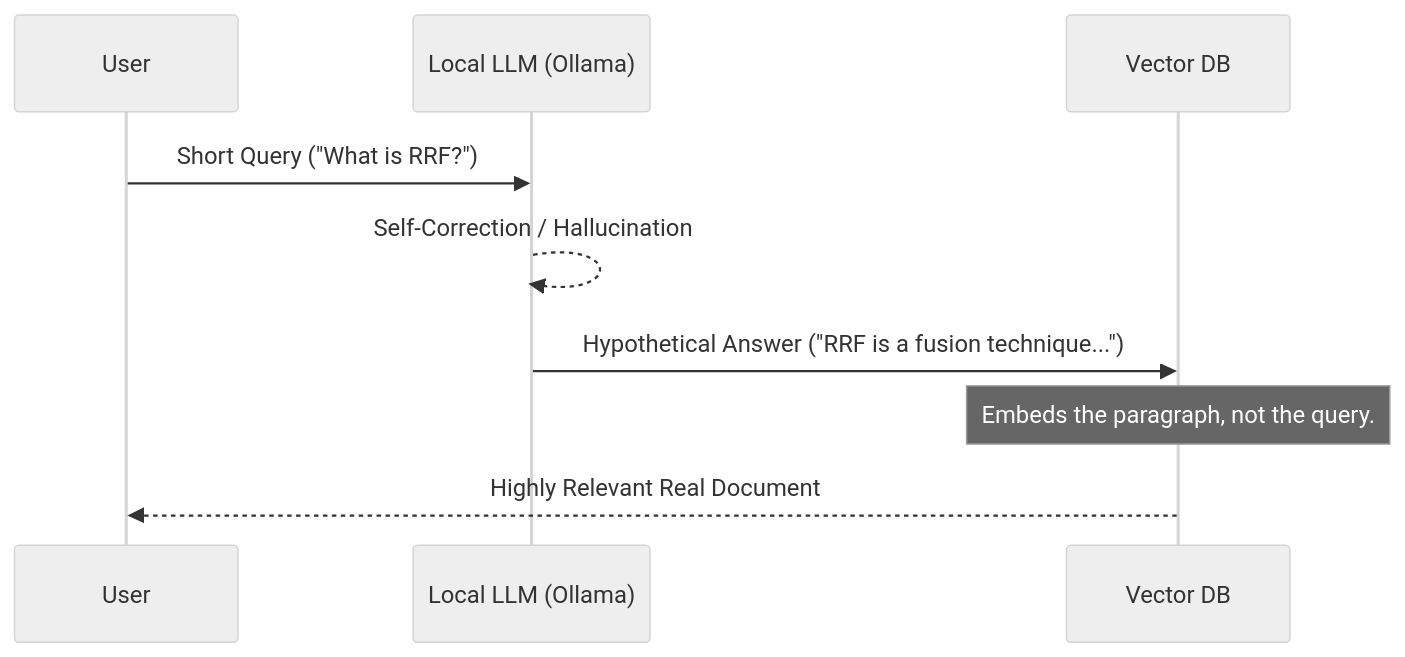
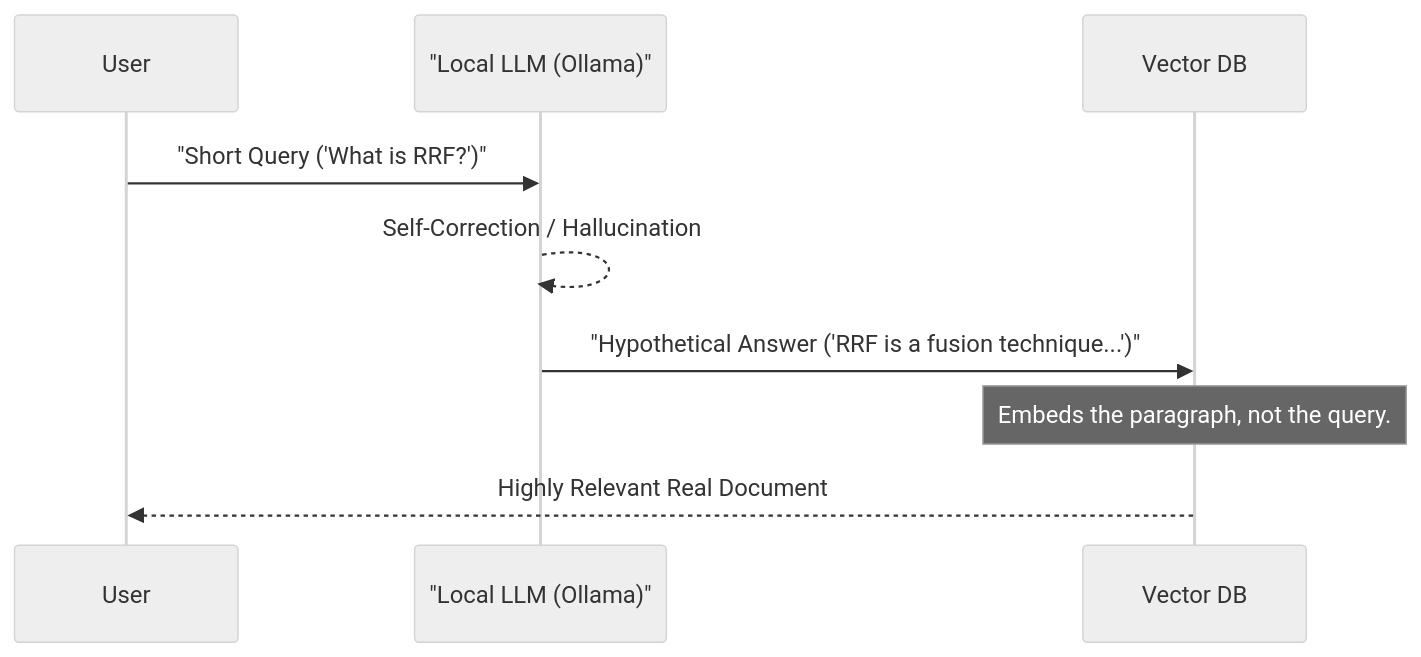
One commit to Anteneh-T-Tessema/myadvancedrag changed the diagram in docs/stages/hyde.md. Above: the diagram before and after it, drawn with Mermaid (neutral theme). The commit also changed 1 other file, not shown here.

Commit message:
docs: fix Mermaid syntax by quoting labels with parentheses

````diff
--- a/docs/stages/hyde.md
+++ b/docs/stages/hyde.md
@@ -7,12 +7,12 @@
 ```mermaid
 sequenceDiagram
     participant U as User
-    participant LLM as Local LLM (Ollama)
+    participant LLM as "Local LLM (Ollama)"
     participant V as Vector DB
     
-    U->>LLM: Short Query ("What is RRF?")
+    U->>LLM: "Short Query ('What is RRF?')"
     LLM-->>LLM: Self-Correction / Hallucination
-    LLM->>V: Hypothetical Answer ("RRF is a fusion technique...")
+    LLM->>V: "Hypothetical Answer ('RRF is a fusion technique...')"
     Note over V: Embeds the paragraph, not the query.
     V-->>U: Highly Relevant Real Document
 ```
````
